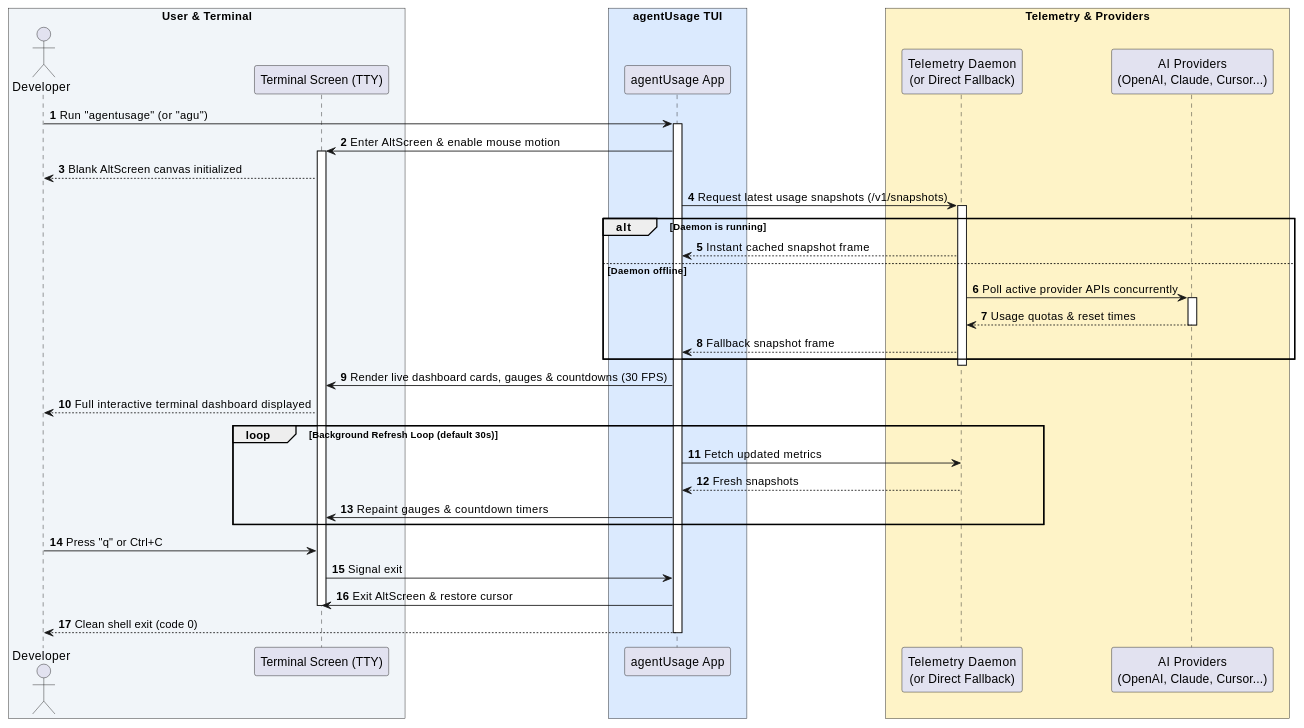
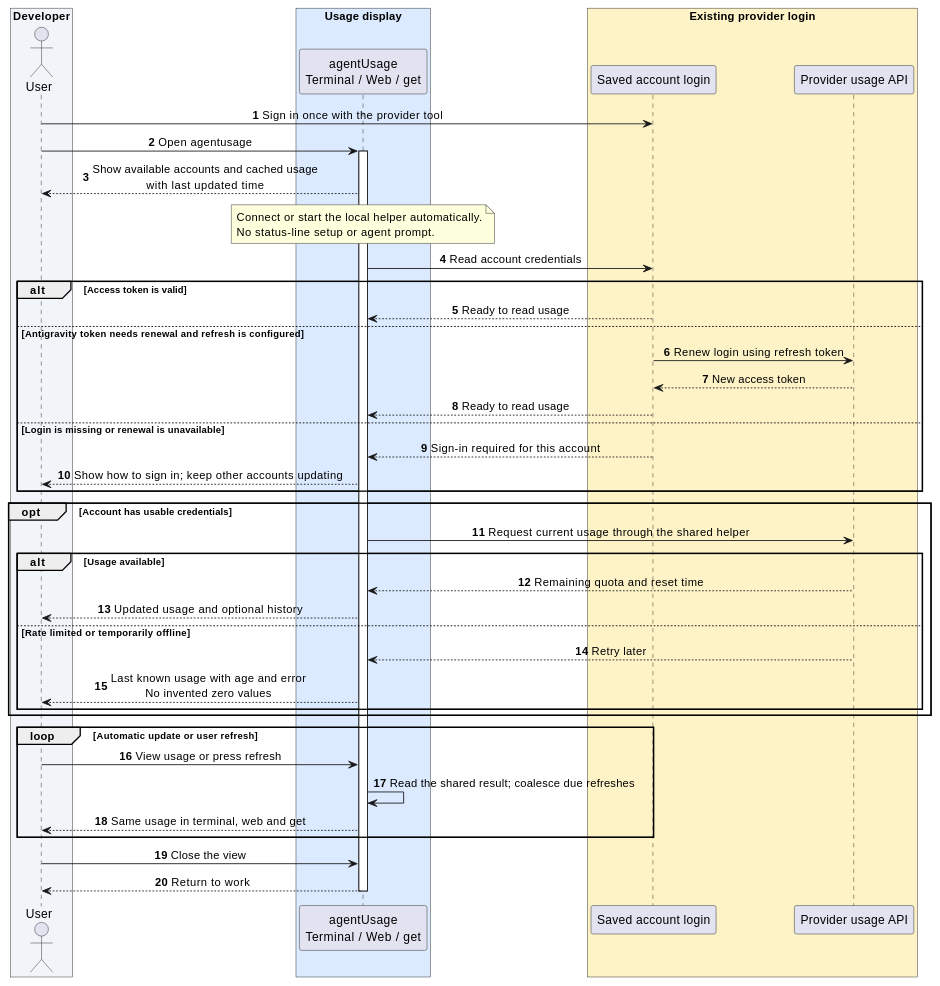
The first of 16 diagrams in docs/user-flow-diagram.md (nurulislamz/agentusage), drawn with PlantUML before and after one commit. The commit also changed other lines of this file and 34 other files, not shown here.

````diff
--- a/docs/user-flow-diagram.md
+++ b/docs/user-flow-diagram.md
@@ -55,58 +56,54 @@
 ```plantuml
 @startuml
 autonumber
-skinparam BoxPadding 15
-skinparam ParticipantPadding 15
-
-box "User & Terminal" #F1F5F9
-    actor User as "Developer"
-    participant TTY as "Terminal Screen (TTY)"
+skinparam sequenceMessageAlign center
+skinparam backgroundColor #FFFFFF
+box "Developer" #F1F5F9
+    actor User
 end box
-
-box "agentUsage TUI" #DBEAFE
-    participant App as "agentUsage App"
+box "Usage display" #DBEAFE
+    participant App as "agentUsage\nTerminal / Web / get"
 end box
-
-box "Telemetry & Providers" #FEF3C7
-    participant Daemon as "Telemetry Daemon\n(or Direct Fallback)"
-    participant Providers as "AI Providers\n(OpenAI, Claude, Cursor...)"
+box "Existing provider login" #FEF3C7
+    participant Login as "Saved account login"
+    participant API as "Provider usage API"
 end box
-
-User -> App : Run "agentusage" (or "agu")
+User -> Login : Sign in once with the provider tool
+User -> App : Open agentusage
 activate App
-
-App -> TTY : Enter AltScreen & enable mouse motion
-activate TTY
-TTY --> User : Blank AltScreen canvas initialized
-
-App -> Daemon : Request latest usage snapshots (/v1/snapshots)
-activate Daemon
-
-alt Daemon is running
-    Daemon --> App : Instant cached snapshot frame
-else Daemon offline
-    Daemon -> Providers : Poll active provider APIs concurrently
-    activate Providers
-    Providers --> Daemon : Usage quotas & reset times
-    deactivate Providers
-    Daemon --> App : Fallback snapshot frame
+App --> User : Show available accounts and cached usage\nwith last updated time
+note over App
+  Connect or start the local helper automatically.
+  No status-line setup or agent prompt.
+end note
+App -> Login : Read account credentials
+alt Access token is valid
+    Login --> App : Ready to read usage
+else Antigravity token needs renewal and refresh is configured
+    Login -> API : Renew login using refresh token
+    API --> Login : New access token
+    Login --> App : Ready to read usage
+else Login is missing or renewal is unavailable
+    Login --> App : Sign-in required for this account
+    App --> User : Show how to sign in; keep other accounts updating
 end
-deactivate Daemon
-
-App -> TTY : Render live dashboard cards, gauges & countdowns (30 FPS)
-TTY --> User : Full interactive terminal dashboard displayed
-
-loop Background Refresh Loop (default 30s)
-    App -> Daemon : Fetch updated metrics
-    Daemon --> App : Fresh snapshots
-    App -> TTY : Repaint gauges & countdown timers
+opt Account has usable credentials
+    App -> API : Request current usage through the shared helper
+    alt Usage available
+        API --> App : Remaining quota and reset time
+        App --> User : Updated usage and optional history
+    else Rate limited or temporarily offline
+        API --> App : Retry later
+        App --> User : Last known usage with age and error\nNo invented zero values
+    end
 end
-
-User -> TTY : Press "q" or Ctrl+C
-TTY -> App : Signal exit
-App -> TTY : Exit AltScreen & restore cursor
-deactivate TTY
-App --> User : Clean shell exit (code 0)
+loop Automatic update or user refresh
+    User -> App : View usage or press refresh
+    App -> App : Read the shared result; coalesce due refreshes
+    App --> User : Same usage in terminal, web and get
+end
+User -> App : Close the view
+App --> User : Return to work
 deactivate App
 @enduml
 ```
````
